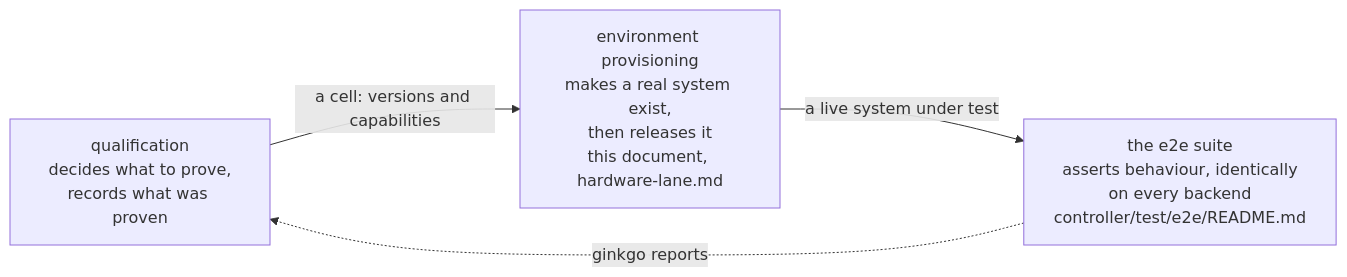
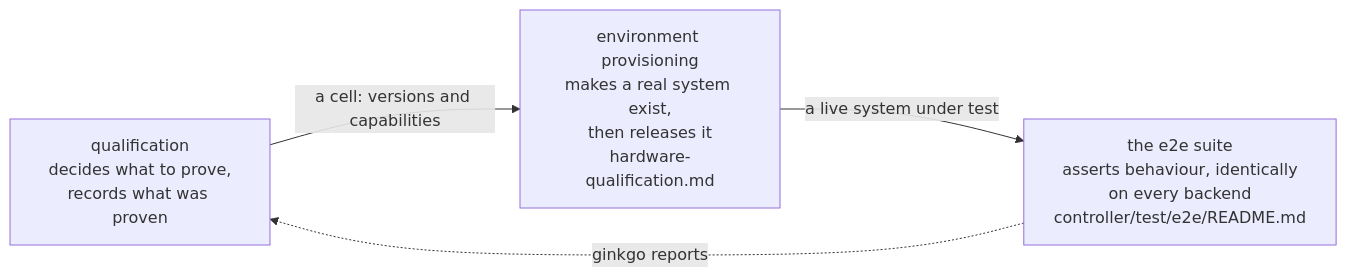
One commit to dsx-ai-factory/nvke changed the diagram in docs/qualification/overview.md. Above: the diagram before and after it, drawn with Mermaid. The commit also changed other lines of this file and 29 other files, not shown here.

First line of the commit message:
feat(release): run the hardware e2e lane from a fork with qualify local (#2071)

````diff
--- a/docs/qualification/overview.md
+++ b/docs/qualification/overview.md
@@ -27,10 +27,10 @@
 ```mermaid
 flowchart LR
     Q["qualification<br/>decides what to prove,<br/>records what was proven"]
-    E["environment provisioning<br/>makes a real system exist,<br/>then releases it<br/>this document, hardware-lane.md"]
+    E["environment provisioning<br/>makes a real system exist,<br/>then releases it<br/>hardware-qualification.md"]
     S["the e2e suite<br/>asserts behaviour, identically<br/>on every backend<br/>controller/test/e2e/README.md"]
 
     Q -->|"a cell: versions and capabilities"| E
     E -->|"a live system under test"| S
     S -.->|"ginkgo reports"| Q
 ```
````
